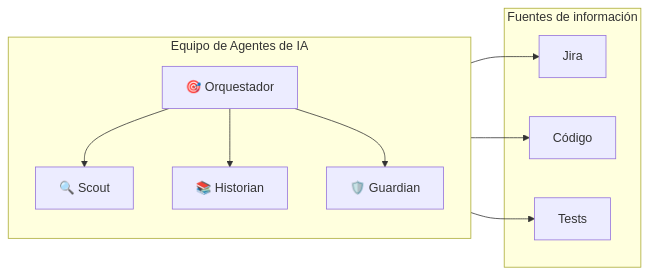
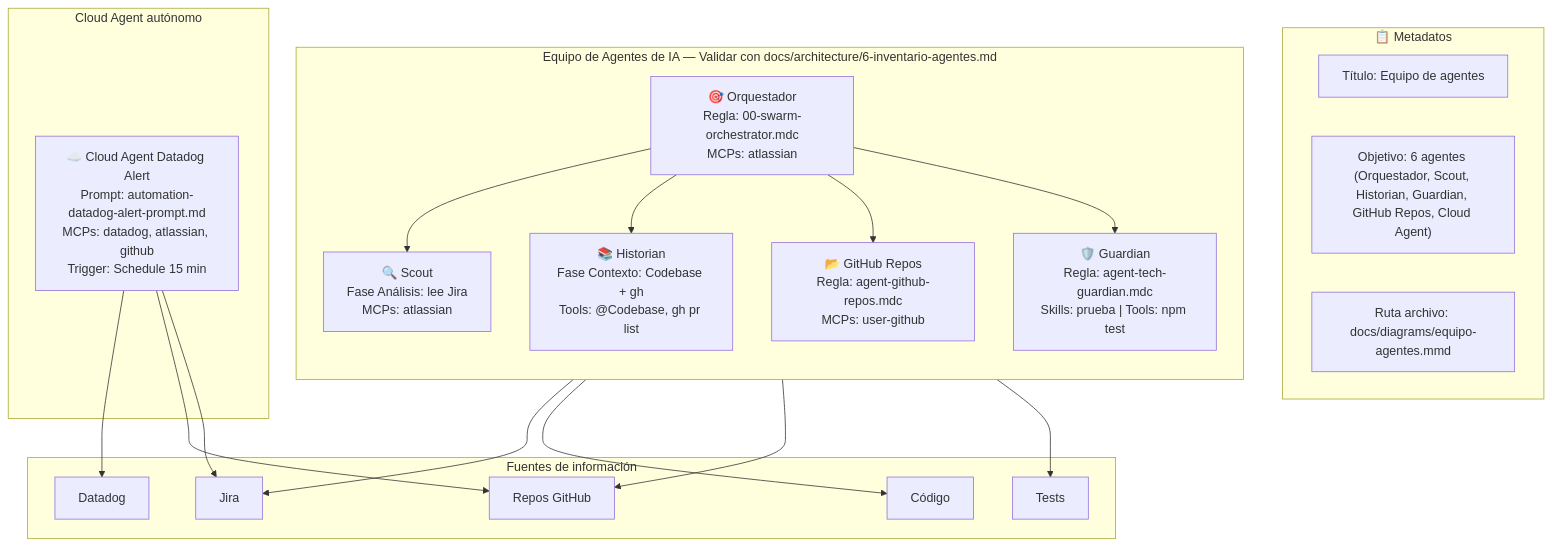
The diagram in docs/diagrams/equipo-agentes.mmd (CARLOSPATINOVELEZ19/prueba-agente-po), drawn with Mermaid before and after one commit. The commit also changed 11 other files, not shown here.

First line of the commit message:
docs(diagrams): añadir metadatos Título, Objetivo y Ruta archivo a todos los diagramas

```diff
--- a/docs/diagrams/equipo-agentes.mmd
+++ b/docs/diagrams/equipo-agentes.mmd
@@ -1,18 +1,35 @@
-flowchart LR
-    subgraph equipo ["Equipo de Agentes de IA"]
+flowchart TB
+    subgraph metadata ["📋 Metadatos"]
+        M1["Título: Equipo de agentes"]
+        M2["Objetivo: 6 agentes (Orquestador, Scout, Historian, Guardian, GitHub Repos, Cloud Agent)"]
+        M3["Ruta archivo: docs/diagrams/equipo-agentes.mmd"]
+    end
+
+    subgraph equipo ["Equipo de Agentes de IA — Validar con docs/architecture/6-inventario-agentes.md"]
         direction TB
-        O[🎯 Orquestador]
-        O --> S[🔍 Scout]
-        O --> H[📚 Historian]
-        O --> G[🛡️ Guardian]
+        O["🎯 Orquestador<br/>Regla: 00-swarm-orchestrator.mdc<br/>MCPs: atlassian"]
+        O --> S["🔍 Scout<br/>Fase Análisis: lee Jira<br/>MCPs: atlassian"]
+        O --> H["📚 Historian<br/>Fase Contexto: Codebase + gh<br/>Tools: @Codebase, gh pr list"]
+        O --> R["📂 GitHub Repos<br/>Regla: agent-github-repos.mdc<br/>MCPs: user-github"]
+        O --> G["🛡️ Guardian<br/>Regla: agent-tech-guardian.mdc<br/>Skills: prueba | Tools: npm test"]
+    end
+
+    subgraph cloud ["Cloud Agent autónomo"]
+        CA["☁️ Cloud Agent Datadog Alert<br/>Prompt: automation-datadog-alert-prompt.md<br/>MCPs: datadog, atlassian, github<br/>Trigger: Schedule 15 min"]
     end
 
     subgraph fuentes ["Fuentes de información"]
         J[Jira]
         C[Código]
+        GH[Repos GitHub]
         T[Tests]
+        DD[Datadog]
     end
 
     S --> J
     H --> C
+    R --> GH
     G --> T
+    CA --> DD
+    CA --> GH
+    CA --> J
```
